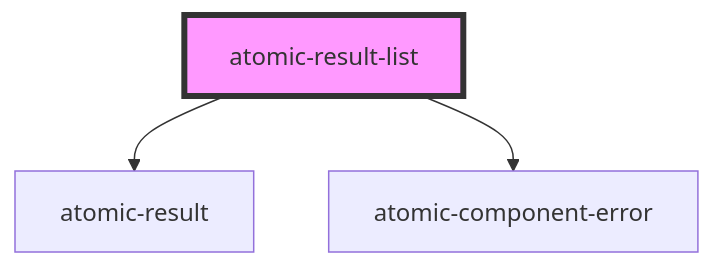
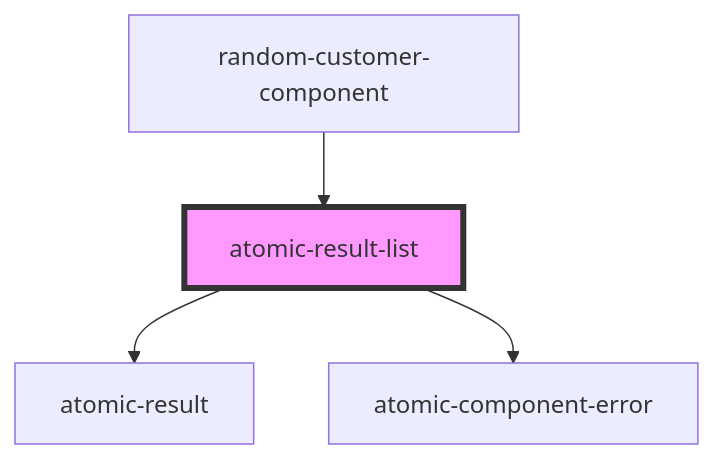
The diagram in packages/atomic/src/components/atomic-result-list/readme.md (coveo/ui-kit), drawn with Mermaid before and after one commit. The commit also changed other lines of this file and 37 other files, not shown here.

````diff
--- a/packages/atomic/src/components/atomic-result-list/readme.md
+++ b/packages/atomic/src/components/atomic-result-list/readme.md
@@ -34,6 +39,7 @@
 ```mermaid
 graph TD;
   atomic-result-list --> atomic-result
   atomic-result-list --> atomic-component-error
+  random-customer-component --> atomic-result-list
   style atomic-result-list fill:#f9f,stroke:#333,stroke-width:4px
 ```
````
